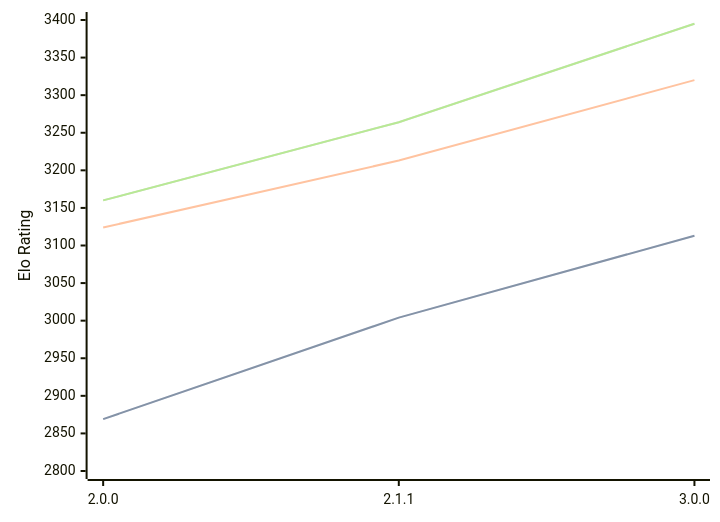
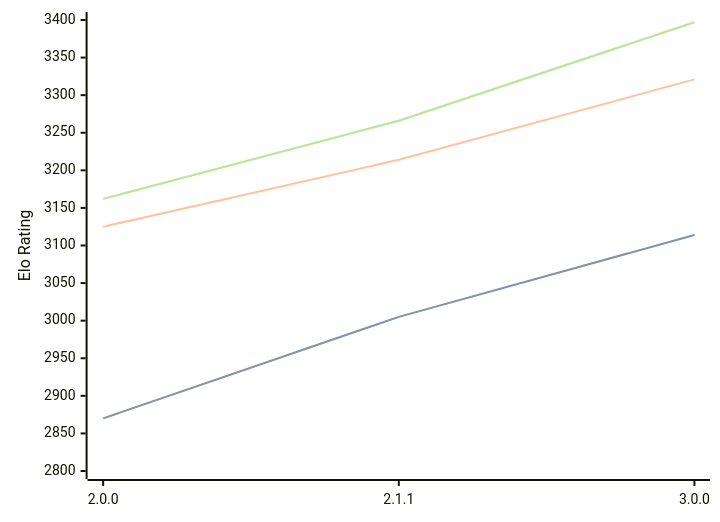
Before and after one commit to computer-chess-index/cci: the diagram in engines/Bread.md, drawn with Mermaid. The commit also changed other lines of this file, not shown here.

Commit message:
Update CCI Ratings (ELO VLTC) - 2026-10-09

````diff
--- a/engines/Bread.md
+++ b/engines/Bread.md
@@ -36,11 +36,11 @@
 ```mermaid
 %%{init: {"theme":"base","themeVariables":{"seriesColors:['#a3a3a3','#222221','#faa371']}}}%%
 xychart-beta
   x-axis ["2.0.0", "2.1.1", "3.0.0"]
   y-axis "Elo Rating" 2800 --> 3400
-  line "" [2869, 3004, 3113]
-  line "STC (8.0+0.08s)" [2869, 3004, 3113]
-  line "LTC (60.0+0.60s)" [3124, 3213, 3320]
-  line "" [3160, 3264, 3395]
-  line "VLTC (2m24s+1.12s)" [3160, 3264, 3395]
+  line "" [2870, 3005, 3114]
+  line "STC (8.0+0.08s)" [2870, 3005, 3114]
+  line "LTC (60.0+0.60s)" [3125, 3214, 3321]
+  line "" [3162, 3266, 3397]
+  line "VLTC (2m24s+1.12s)" [3162, 3266, 3397]
 ```
````
